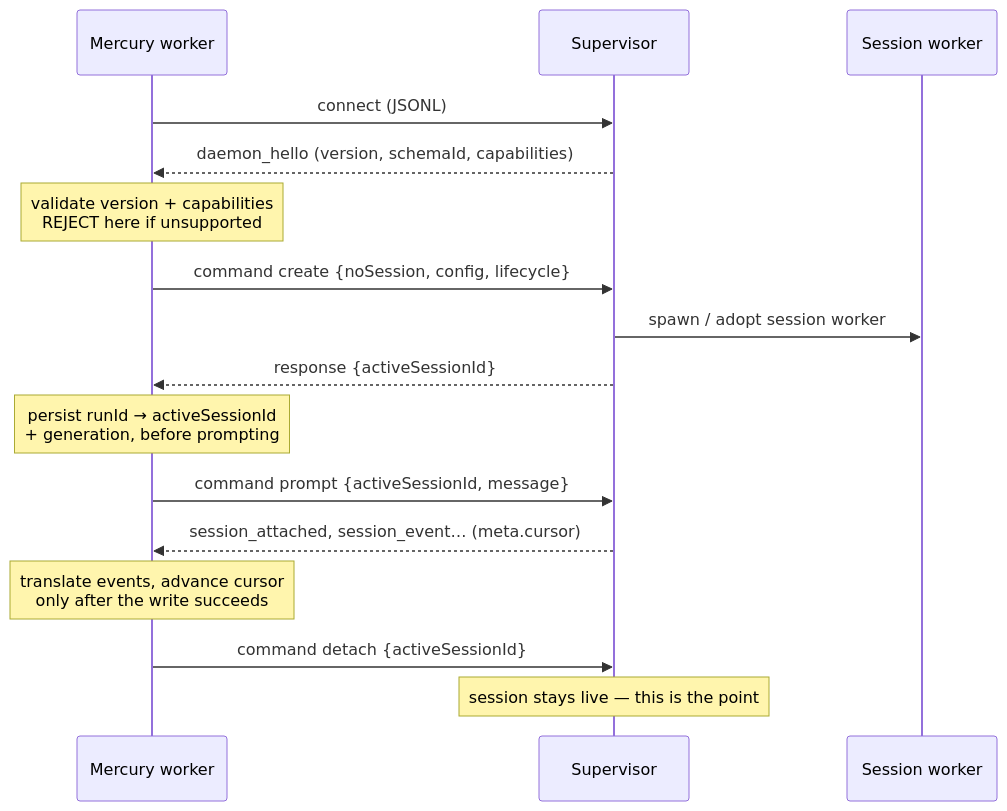
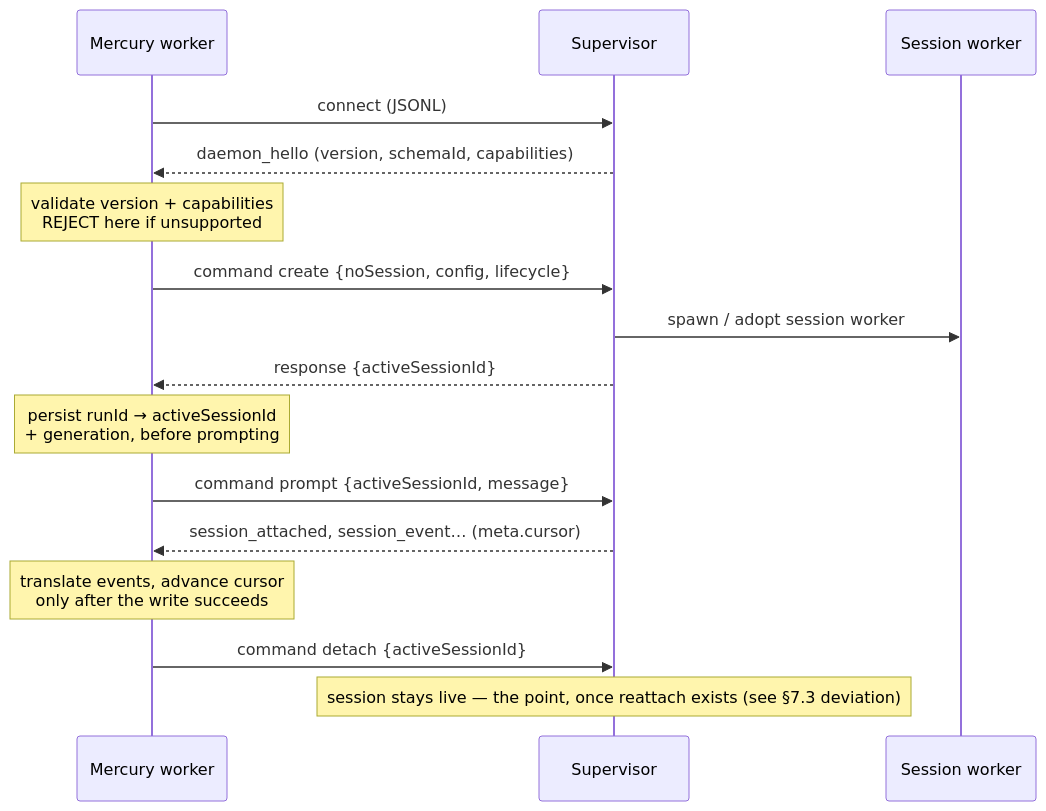
One commit to aywengo/mercury changed the fourth of 4 diagrams in docs/daemon-agent-sessions.md. Above: the diagram before and after it, drawn with Mermaid. The commit also changed other lines of this file, not shown here.

````diff
--- a/docs/daemon-agent-sessions.md
+++ b/docs/daemon-agent-sessions.md
@@ -467,18 +467,18 @@
 ```mermaid
 sequenceDiagram
     participant W as Mercury worker
     participant S as Supervisor
     participant SW as Session worker
     W->>S: connect (JSONL)
     S-->>W: daemon_hello (version, schemaId, capabilities)
     Note over W: validate version + capabilities<br/>REJECT here if unsupported
     W->>S: command create {noSession, config, lifecycle}
     S->>SW: spawn / adopt session worker
     S-->>W: response {activeSessionId}
     Note over W: persist runId → activeSessionId<br/>+ generation, before prompting
     W->>S: command prompt {activeSessionId, message}
     S-->>W: session_attached, session_event… (meta.cursor)
     Note over W: translate events, advance cursor<br/>only after the write succeeds
     W->>S: command detach {activeSessionId}
-    Note over S: session stays live — this is the point
+    Note over S: session stays live — the point, once reattach exists (see §7.3 deviation)
 ```
````
